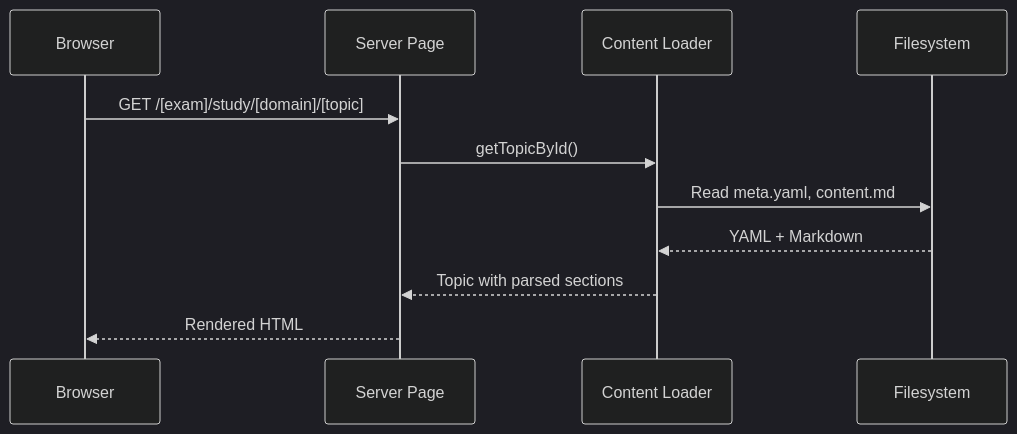
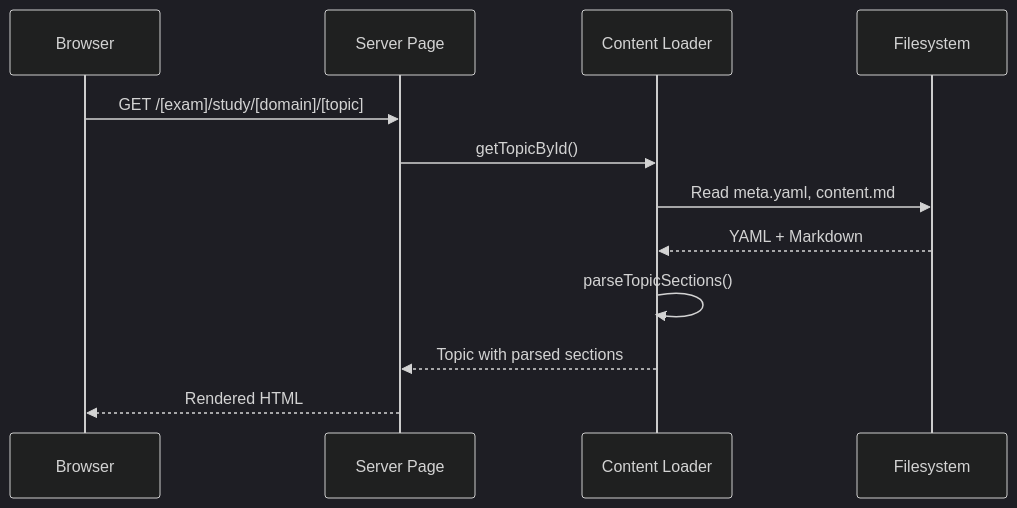
The third of 5 diagrams in docs/CODEBASE_MAP.md (atbrace/sa-pro-study-companion), drawn with Mermaid (dark theme) before and after one commit. The commit also changed other lines of this file and 4 other files, not shown here.

````diff
--- a/docs/CODEBASE_MAP.md
+++ b/docs/CODEBASE_MAP.md
@@ -292,14 +396,15 @@
 ```mermaid
 sequenceDiagram
     participant Browser
     participant Page as Server Page
     participant Loader as Content Loader
     participant FS as Filesystem
 
     Browser->>Page: GET /[exam]/study/[domain]/[topic]
     Page->>Loader: getTopicById()
     Loader->>FS: Read meta.yaml, content.md
     FS-->>Loader: YAML + Markdown
+    Loader->>Loader: parseTopicSections()
     Loader-->>Page: Topic with parsed sections
     Page-->>Browser: Rendered HTML
 ```
````
